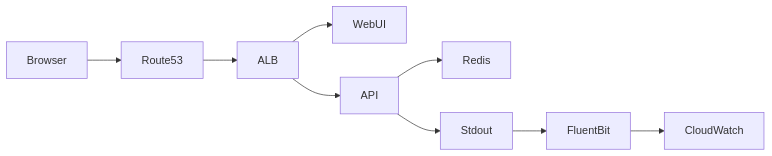
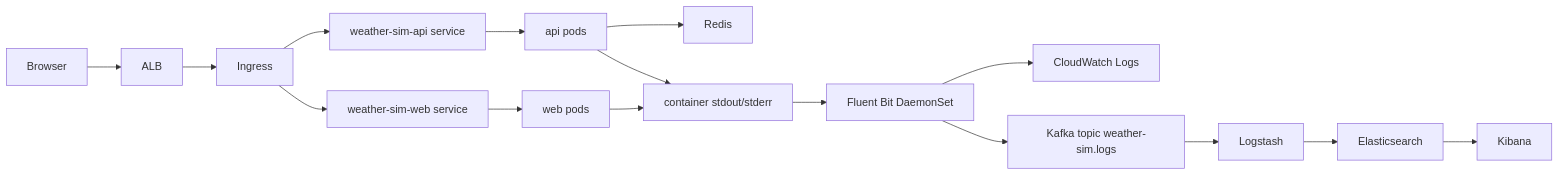
One commit to yrachakonda/nodejs-weather-docker-poc changed the first of 3 diagrams in docs/architecture.md. Above: the diagram before and after it, drawn with Mermaid. The commit also changed other lines of this file and 38 other files, not shown here.

Commit message:
Added Kafka + ELK Stack Observability architecture, updated documentation. (#6)

````diff
--- a/docs/architecture.md
+++ b/docs/architecture.md
@@ -5,11 +5,18 @@
 ```mermaid
 flowchart LR
-  Browser --> Route53
-  Route53 --> ALB
-  ALB --> WebUI
-  ALB --> API
-  API --> Redis
-  API --> Stdout
-  Stdout --> FluentBit
-  FluentBit --> CloudWatch
+  Browser --> ALB
+  ALB --> Ingress
+  Ingress --> WebService["weather-sim-web service"]
+  Ingress --> APIService["weather-sim-api service"]
+  WebService --> WebPods["web pods"]
+  APIService --> APIPods["api pods"]
+  APIPods --> Redis
+  APIPods --> Stdout["container stdout/stderr"]
+  WebPods --> Stdout
+  Stdout --> FluentBit["Fluent Bit DaemonSet"]
+  FluentBit --> CloudWatch["CloudWatch Logs"]
+  FluentBit --> Kafka["Kafka topic weather-sim.logs"]
+  Kafka --> Logstash
+  Logstash --> Elasticsearch
+  Elasticsearch --> Kibana
 ```
````
